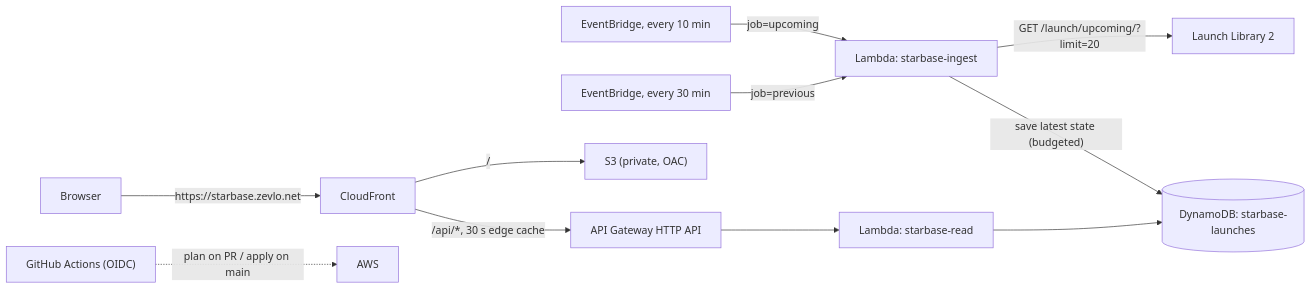
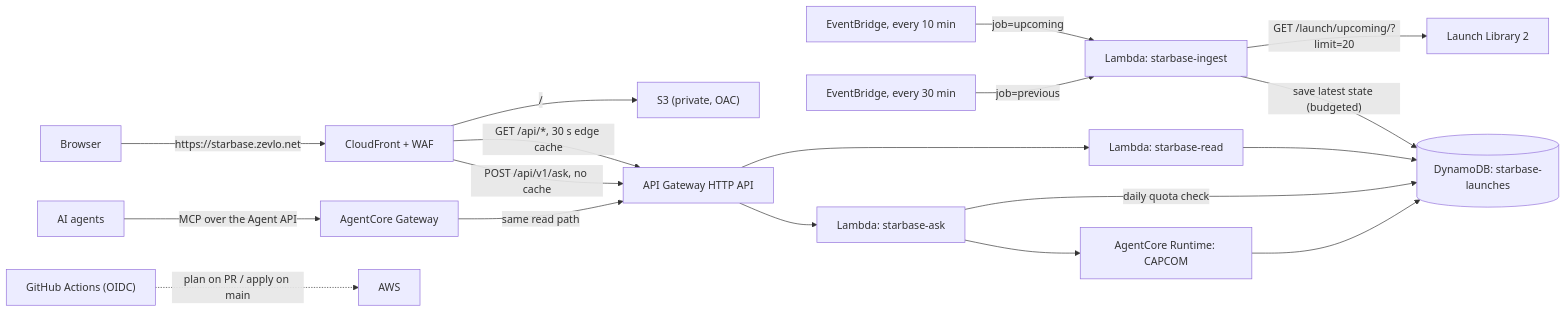
The diagram in README.md (zevlo/starbase), drawn with Mermaid before and after one commit. The commit also changed other lines of this file and 25 other files, not shown here.

First line of the commit message:
capcom: add CAPCOM and the Agent API on Bedrock AgentCore

````diff
--- a/README.md
+++ b/README.md
@@ -48,11 +66,14 @@
 ```mermaid
 flowchart LR
   ruleUp["EventBridge, every 10 min"] -->|"job=upcoming"| ingest["Lambda: starbase-ingest"]
   rulePrev["EventBridge, every 30 min"] -->|"job=previous"| ingest
   ingest -->|"GET /launch/upcoming/?limit=20"| ll2["Launch Library 2"]
   ingest -->|"save latest state (budgeted)"| ddb[("DynamoDB: starbase-launches")]
-  browser["Browser"] -->|"https://starbase.zevlo.net"| cf["CloudFront"]
+  browser["Browser"] -->|"https://starbase.zevlo.net"| cf["CloudFront + WAF"]
   cf -->|"/"| s3["S3 (private, OAC)"]
-  cf -->|"/api/*, 30 s edge cache"| apigw["API Gateway HTTP API"] --> readfn["Lambda: starbase-read"] --> ddb
+  cf -->|"GET /api/*, 30 s edge cache"| apigw["API Gateway HTTP API"] --> readfn["Lambda: starbase-read"] --> ddb
+  cf -->|"POST /api/v1/ask, no cache"| apigw --> askfn["Lambda: starbase-ask"] -->|"daily quota check"| ddb
+  askfn --> capcom["AgentCore Runtime: CAPCOM"] --> ddb
+  agents2["AI agents"] -->|"MCP over the Agent API"| gw["AgentCore Gateway"] -->|"same read path"| apigw
   gha["GitHub Actions (OIDC)"] -.->|"plan on PR / apply on main"| aws["AWS"]
 ```
````
